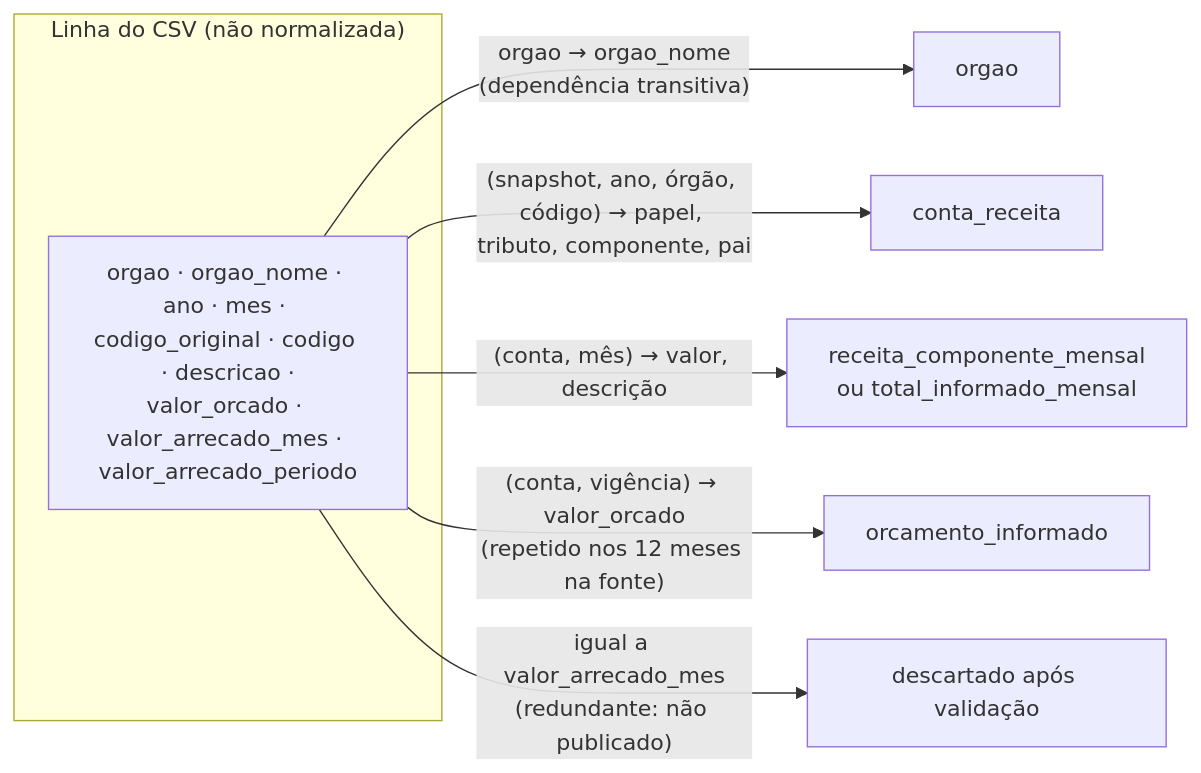
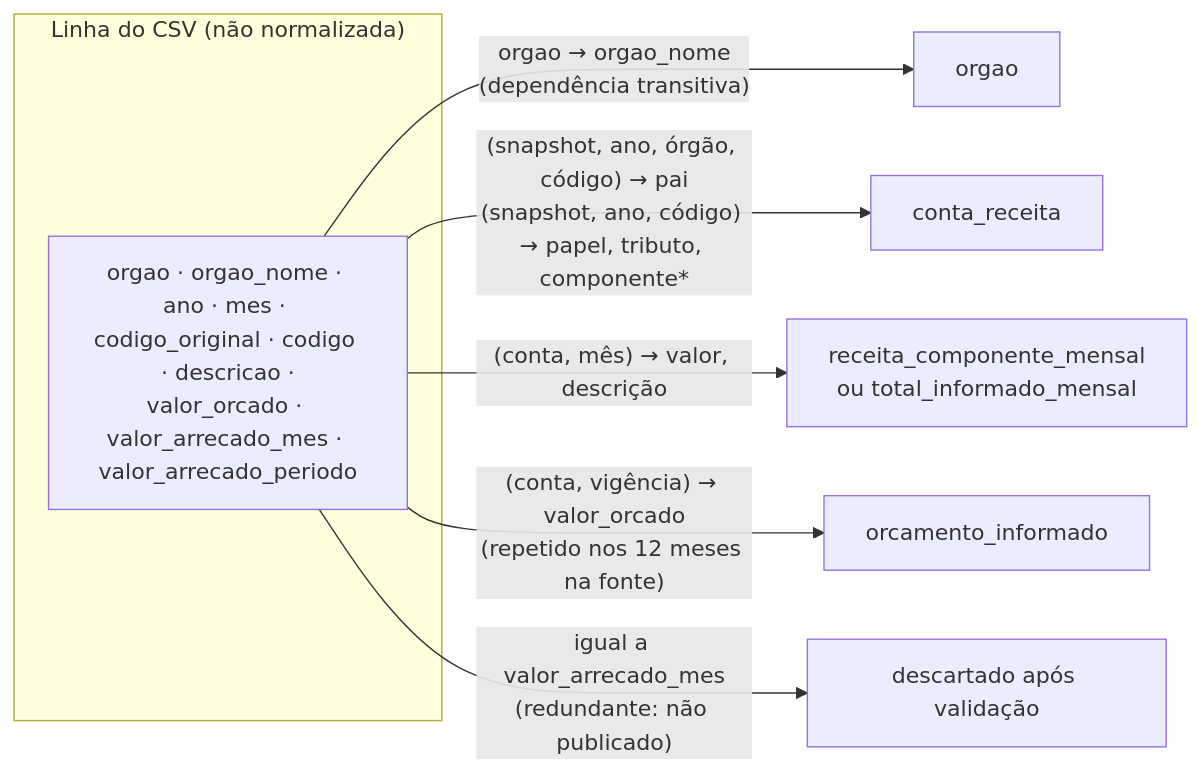
The sixth of 7 diagrams in docs/parte2/1_diagrama_er_3fn.md (guilhermercmoraes-tech/PI2_Sprint2-Grupo-1-UFT), drawn with Mermaid before and after one commit. The commit also changed other lines of this file and 23 other files, not shown here.

````diff
--- a/docs/parte2/1_diagrama_er_3fn.md
+++ b/docs/parte2/1_diagrama_er_3fn.md
@@ -442,11 +446,11 @@
 ```mermaid
 flowchart LR
     subgraph ANTES["Linha do CSV (não normalizada)"]
         L["orgao · orgao_nome · ano · mes · codigo_original · codigo · descricao ·<br/>valor_orcado · valor_arrecado_mes · valor_arrecado_periodo"]
     end
     L -- "orgao → orgao_nome<br/>(dependência transitiva)" --> O[orgao]
-    L -- "(snapshot, ano, órgão, código) → papel, tributo, componente, pai" --> C[conta_receita]
+    L -- "(snapshot, ano, órgão, código) → pai<br/>(snapshot, ano, código) → papel, tributo, componente*" --> C[conta_receita]
     L -- "(conta, mês) → valor, descrição" --> F[receita_componente_mensal<br/>ou total_informado_mensal]
     L -- "(conta, vigência) → valor_orcado<br/>(repetido nos 12 meses na fonte)" --> R[orcamento_informado]
     L -- "igual a valor_arrecado_mes<br/>(redundante: não publicado)" --> X[descartado após validação]
 ```
````
